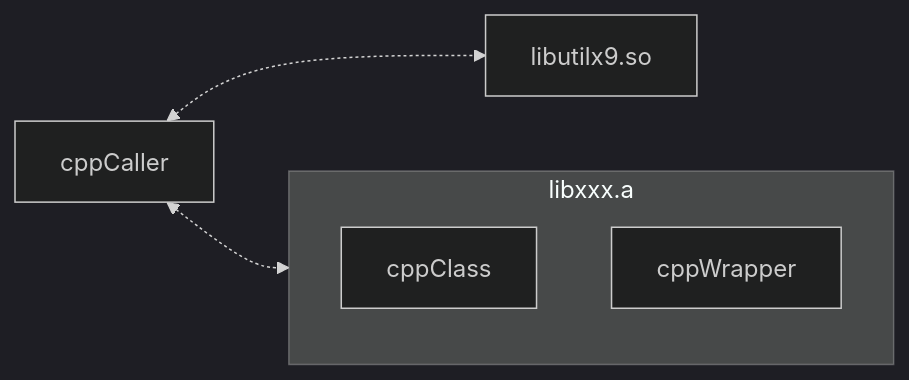
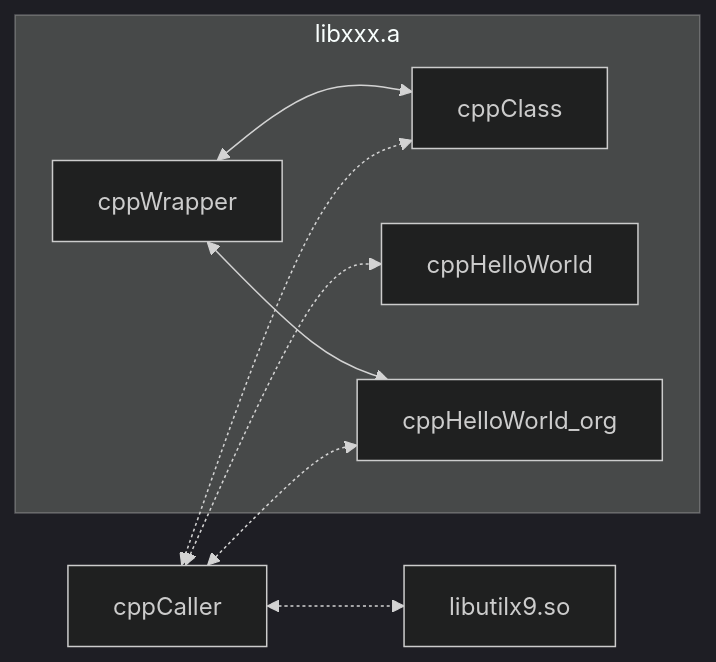
The second of 2 diagrams in README.md (lankahsu520/CvsCPPmixer), drawn with Mermaid (dark theme) before and after one commit.

````diff
--- a/README.md
+++ b/README.md
@@ -24,14 +24,20 @@
 ```mermaid
 flowchart LR
 	cppCaller[cppCaller]
 	libutilx9.so[libutilx9.so]
 	libxxx.a[libxxx.a]
 
 	subgraph libxxx.a
 		cppClass
 		cppWrapper
+		cppHelloWorld
+		cppHelloWorld_org
 	end
 
 	cppCaller <-.-> libutilx9.so
-	cppCaller <-.-> libxxx.a
+	cppCaller <-.-> cppHelloWorld
+	cppCaller <-.-> cppHelloWorld_org
+	cppCaller <-.-> cppClass
+	cppWrapper <--> cppClass
+	cppWrapper <--> cppHelloWorld_org
 ```
````
